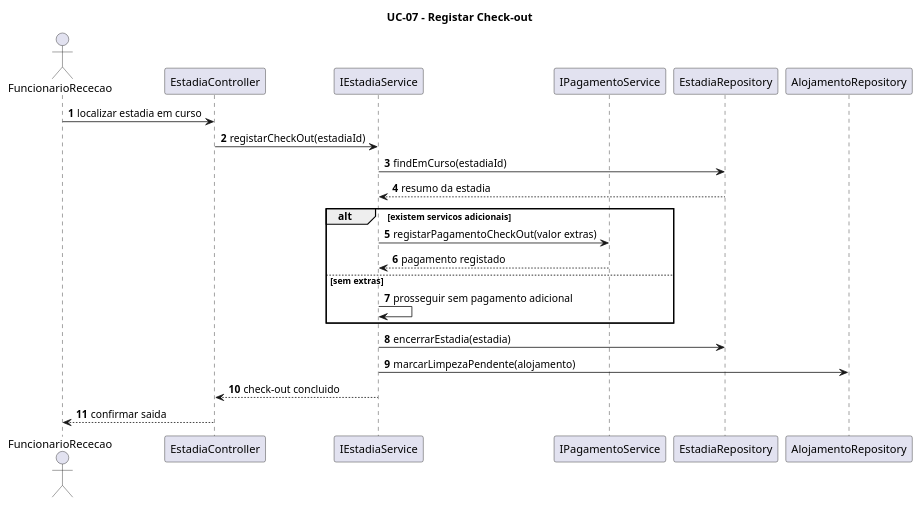
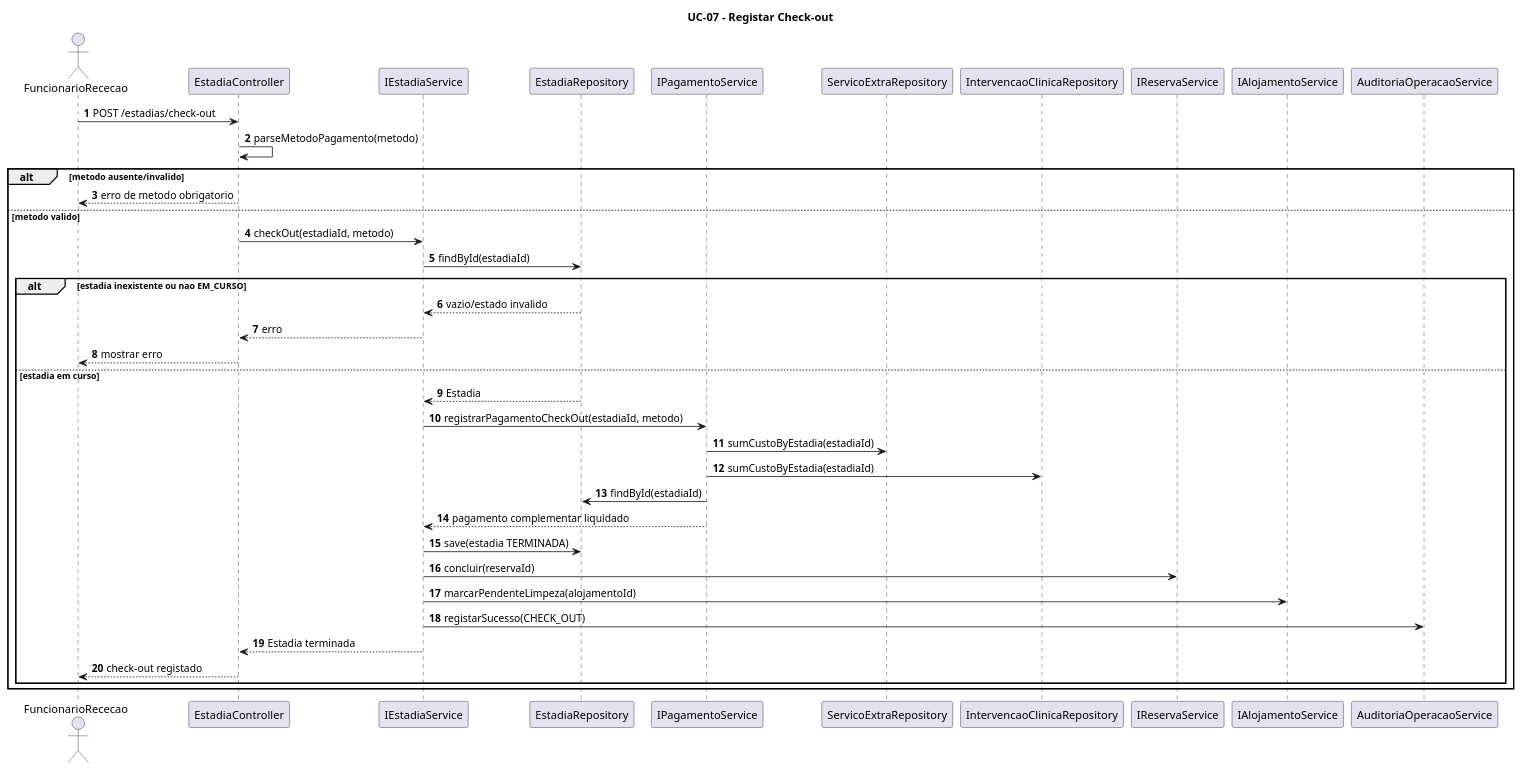
Before and after one commit to beatriz0freitas/LI4-G08: the diagram in docs/Etapa2/03-seq-diagrams/UC-07.puml, drawn with PlantUML. The commit also changed 50 other files, not shown here.

Commit message:
fix: adaptacao e melhroia de use case, diagramas de sequencia e requsiitos

```diff
--- a/docs/Etapa2/03-seq-diagrams/UC-07.puml
+++ b/docs/Etapa2/03-seq-diagrams/UC-07.puml
@@ -1,29 +1,44 @@
 @startuml UC-07
 title UC-07 - Registar Check-out
 
 autonumber
 actor FuncionarioRececao
 participant EstadiaController
 participant IEstadiaService
+participant EstadiaRepository
 participant IPagamentoService
-participant EstadiaRepository
-participant AlojamentoRepository
+participant ServicoExtraRepository
+participant IntervencaoClinicaRepository
+participant IReservaService
+participant IAlojamentoService
+participant AuditoriaOperacaoService
 
-FuncionarioRececao -> EstadiaController : localizar estadia em curso
-EstadiaController -> IEstadiaService : registarCheckOut(estadiaId)
-IEstadiaService -> EstadiaRepository : findEmCurso(estadiaId)
-EstadiaRepository --> IEstadiaService : resumo da estadia
+FuncionarioRececao -> EstadiaController : POST /estadias/check-out
+EstadiaController -> EstadiaController : parseMetodoPagamento(metodo)
 
-alt existem servicos adicionais
-  IEstadiaService -> IPagamentoService : registarPagamentoCheckOut(valor extras)
-  IPagamentoService --> IEstadiaService : pagamento registado
-else sem extras
-  IEstadiaService -> IEstadiaService : prosseguir sem pagamento adicional
+alt metodo ausente/invalido
+  EstadiaController --> FuncionarioRececao : erro de metodo obrigatorio
+else metodo valido
+  EstadiaController -> IEstadiaService : checkOut(estadiaId, metodo)
+  IEstadiaService -> EstadiaRepository : findById(estadiaId)
+  alt estadia inexistente ou nao EM_CURSO
+    EstadiaRepository --> IEstadiaService : vazio/estado invalido
+    IEstadiaService --> EstadiaController : erro
+    EstadiaController --> FuncionarioRececao : mostrar erro
+  else estadia em curso
+    EstadiaRepository --> IEstadiaService : Estadia
+    IEstadiaService -> IPagamentoService : registrarPagamentoCheckOut(estadiaId, metodo)
+    IPagamentoService -> ServicoExtraRepository : sumCustoByEstadia(estadiaId)
+    IPagamentoService -> IntervencaoClinicaRepository : sumCustoByEstadia(estadiaId)
+    IPagamentoService -> EstadiaRepository : findById(estadiaId)
+    IPagamentoService --> IEstadiaService : pagamento complementar liquidado
+    IEstadiaService -> EstadiaRepository : save(estadia TERMINADA)
+    IEstadiaService -> IReservaService : concluir(reservaId)
+    IEstadiaService -> IAlojamentoService : marcarPendenteLimpeza(alojamentoId)
+    IEstadiaService -> AuditoriaOperacaoService : registarSucesso(CHECK_OUT)
+    IEstadiaService --> EstadiaController : Estadia terminada
+    EstadiaController --> FuncionarioRececao : check-out registado
+  end
 end
 
-IEstadiaService -> EstadiaRepository : encerrarEstadia(estadia)
-IEstadiaService -> AlojamentoRepository : marcarLimpezaPendente(alojamento)
-IEstadiaService --> EstadiaController : check-out concluido
-EstadiaController --> FuncionarioRececao : confirmar saida
-
 @enduml
```
